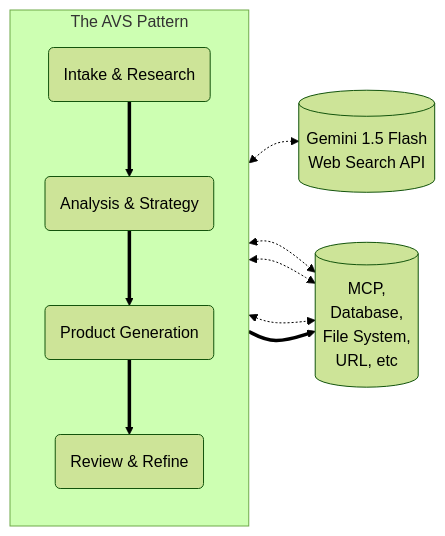
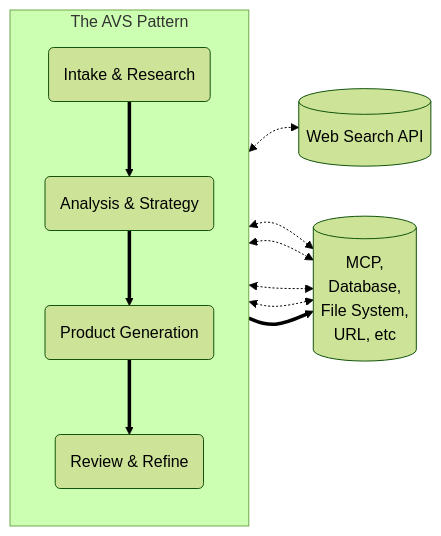
One commit to AVS-Orchestration/avs-toolkit changed the first of 2 diagrams in README.md. Above: the diagram before and after it, drawn with Mermaid (forest theme). The commit also changed other lines of this file and 7 other files, not shown here.

````diff
--- a/README.md
+++ b/README.md
@@ -17,24 +17,25 @@
 ```mermaid
 graph LR
     subgraph Process [The AVS Pattern]
         direction TB
         VS-000(Intake & Research)
         VS-001(Analysis & Strategy)
         VS-002(Product Generation)
         VS-003(Review & Refine)
 
         
         %% Vertical flow connections
         VS-000 ==> VS-001 ==> VS-002 ==> VS-003 
     end
 
     Context[(MCP,<br>Database,<br>File System,<br>URL, etc)]
-    AI-CLoud[(Gemini 1.5 Flash<br>Web Search API)]
+    AI-CLoud[(Web Search API)]
 
     %% Connections to the right
     VS-000 <-.-> AI-CLoud
+    VS-000 <-.-> Context
     VS-001 <-.-> Context
     VS-002 <-.-> Context
     VS-003 <-.-> Context
     VS-003 ==> Context
 ```
````
